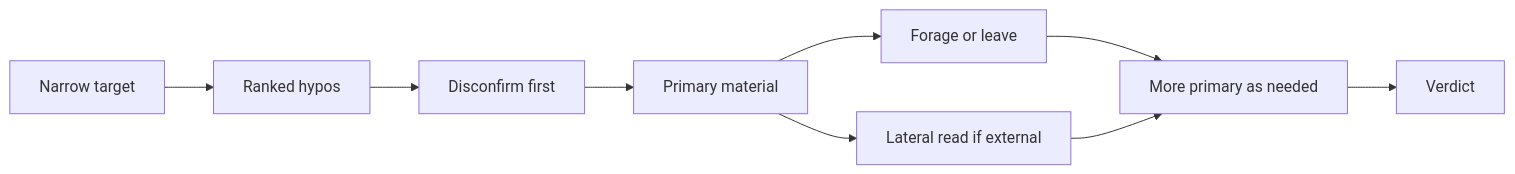
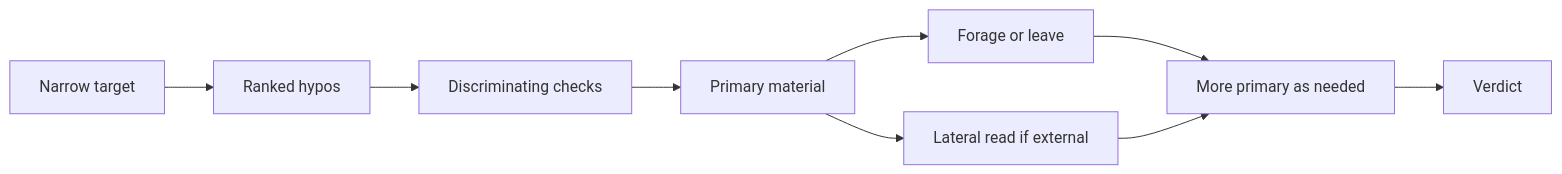
Before and after one commit to csark0812/toolbox: the diagram in investigate/references/framework.md, drawn with Mermaid. The commit also changed other lines of this file and 34 other files, not shown here.

````diff
--- a/investigate/references/framework.md
+++ b/investigate/references/framework.md
@@ -17,11 +17,11 @@
 ```mermaid
 flowchart LR
   narrow[Narrow target] --> hypos[Ranked hypos]
-  hypos --> disconfirm[Disconfirm first]
+  hypos --> disconfirm[Discriminating checks]
   disconfirm --> primary[Primary material]
   primary --> forage[Forage or leave]
   primary --> lateral[Lateral read if external]
   forage --> more[More primary as needed]
   lateral --> more
   more --> verdict[Verdict]
 ```
````
